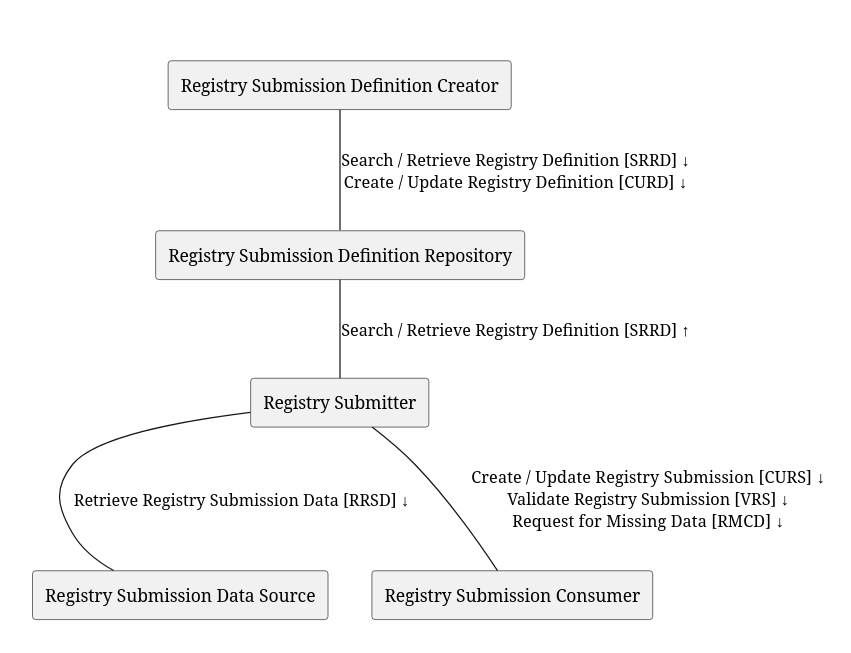
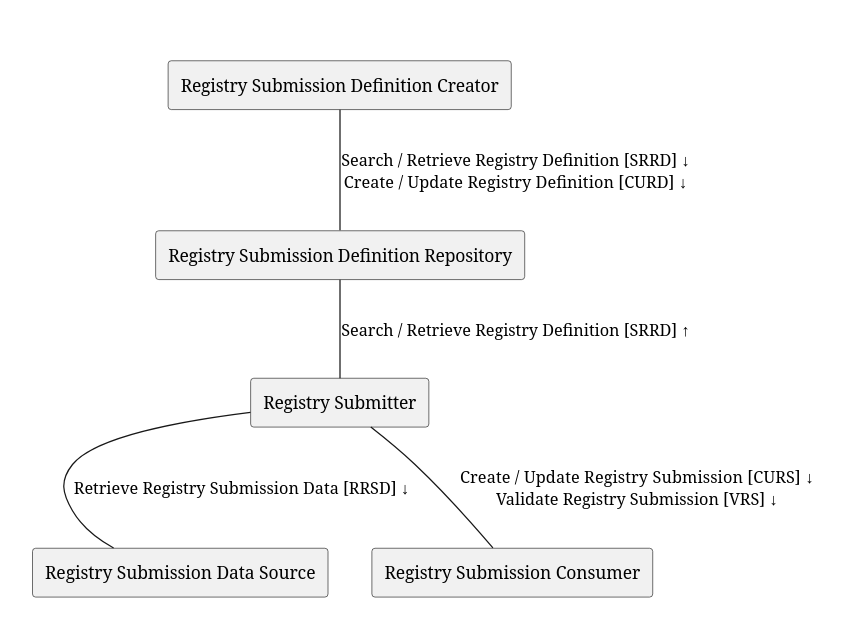
One commit to HL7/fhir-registry-protocols-ig changed the diagram in input/images-source/ActorsAndTransactions.plantuml. Above: the diagram before and after it, drawn with PlantUML.

Commit message:
Updated Overview, removed Request for Missing Data transaction.

```diff
--- a/input/images-source/ActorsAndTransactions.plantuml
+++ b/input/images-source/ActorsAndTransactions.plantuml
@@ -4,16 +4,16 @@
 @startuml
 skinparam FolderBorderColor white
 skinparam FolderFontColor white
 skinparam Shadowing false
 folder Actors {
 agent "Registry Submission Definition Creator" as RSDC
 agent "Registry Submission Definition Repository" as RSDR
 agent "Registry Submitter" as RS
 agent "Registry Submission Data Source" as RSDS
 agent "Registry Submission Consumer" as RSC
 RSDC -- RSDR : "Search / Retrieve Registry Definition [SRRD] ↓\nCreate / Update Registry Definition [CURD] ↓"
 RSDR -- RS : "Search / Retrieve Registry Definition [SRRD] ↑"
 RS -- RSDS : "Retrieve Registry Submission Data [RRSD] ↓"
-RS -- RSC : "Create / Update Registry Submission [CURS] ↓\nValidate Registry Submission [VRS] ↓\nRequest for Missing Data [RMCD] ↓"
+RS -- RSC : "Create / Update Registry Submission [CURS] ↓\nValidate Registry Submission [VRS] ↓"
 }
 @enduml
```
